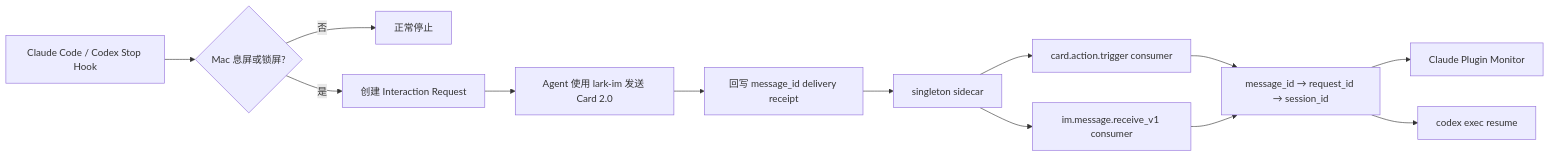
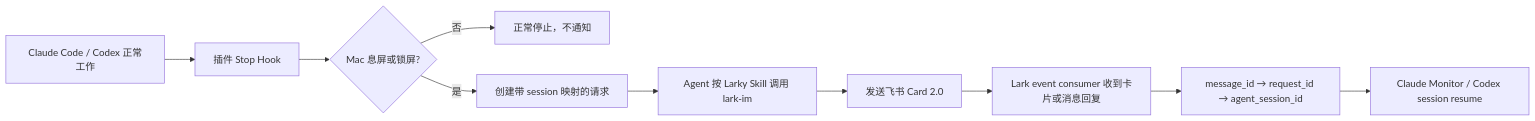
The diagram in README.md (jtsang4/larky), drawn with Mermaid before and after one commit. The commit also changed other lines of this file and 4 other files, not shown here.

````diff
--- a/README.md
+++ b/README.md
@@ -39,15 +80,12 @@
 ```mermaid
 flowchart LR
-  A["Claude Code / Codex Stop Hook"] --> B{"Mac 息屏或锁屏?"}
-  B -- "否" --> C["正常停止"]
-  B -- "是" --> D["创建 Interaction Request"]
-  D --> E["Agent 使用 lark-im 发送 Card 2.0"]
-  E --> F["回写 message_id delivery receipt"]
-  F --> G["singleton sidecar"]
-  G --> H["card.action.trigger consumer"]
-  G --> I["im.message.receive_v1 consumer"]
-  H --> J["message_id → request_id → session_id"]
-  I --> J
-  J --> K["Claude Plugin Monitor"]
-  J --> L["codex exec resume <session_id>"]
+  A["Claude Code / Codex 正常工作"] --> B["插件 Stop Hook"]
+  B --> C{"Mac 息屏或锁屏?"}
+  C -- "否" --> D["正常停止，不通知"]
+  C -- "是" --> E["创建带 session 映射的请求"]
+  E --> F["Agent 按 Larky Skill 调用 lark-im"]
+  F --> G["发送飞书 Card 2.0"]
+  G --> H["Lark event consumer 收到卡片或消息回复"]
+  H --> I["message_id → request_id → agent_session_id"]
+  I --> J["Claude Monitor / Codex session resume"]
 ```
````
